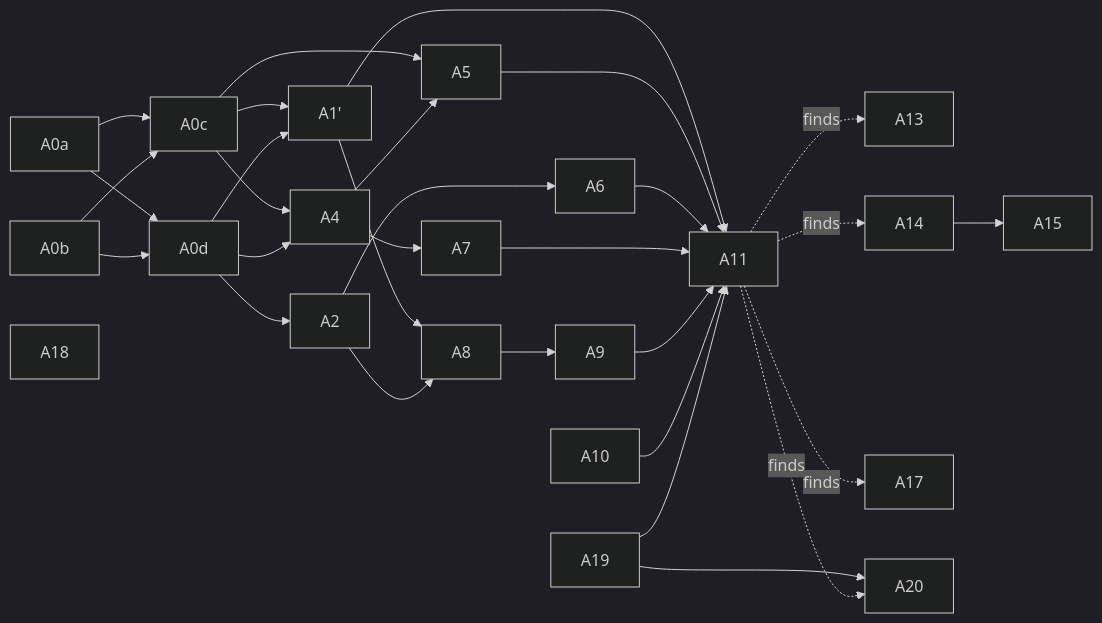
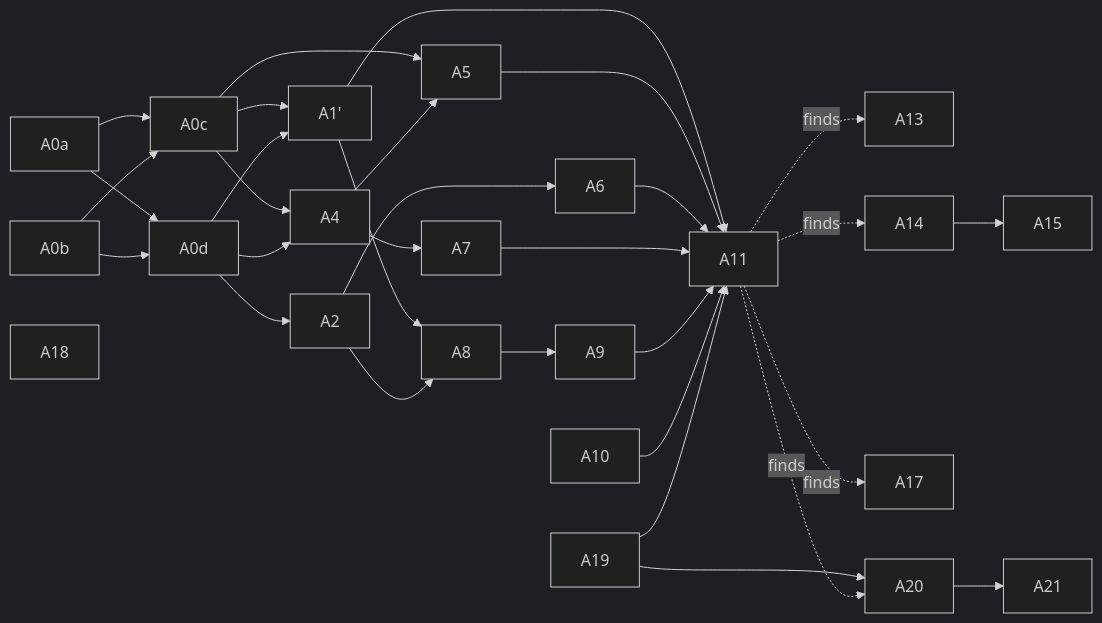
One commit to Rainnystone/larkent changed the diagram in docs/specs/automations/tickets/README.md. Above: the diagram before and after it, drawn with Mermaid (dark theme). The commit also changed other lines of this file and 1 other file, not shown here.

Commit message:
docs(automations): add A21 keep old board binding until replacement is pinned

````diff
--- a/docs/specs/automations/tickets/README.md
+++ b/docs/specs/automations/tickets/README.md
@@ -49,29 +50,30 @@
 ```mermaid
 graph LR
   A0a --> A0c
   A0b --> A0c
   A0a --> A0d
   A0b --> A0d
   A0c --> A1p["A1'"]
   A0d --> A1p
   A0d --> A2
   A0c --> A4
   A0d --> A4
   A0c --> A5
   A4 --> A5
   A2 --> A6
   A4 --> A7
   A1p --> A8
   A2 --> A8
   A8 --> A9
   A10
   A1p & A5 & A6 & A7 & A9 & A10 --> A11
   A11 -.finds.-> A13
   A11 -.finds.-> A14
   A14 --> A15
   A11 -.finds.-> A17
   A18
   A19 --> A11
   A19 --> A20
   A11 -.finds.-> A20
+  A20 --> A21
 ```
````
